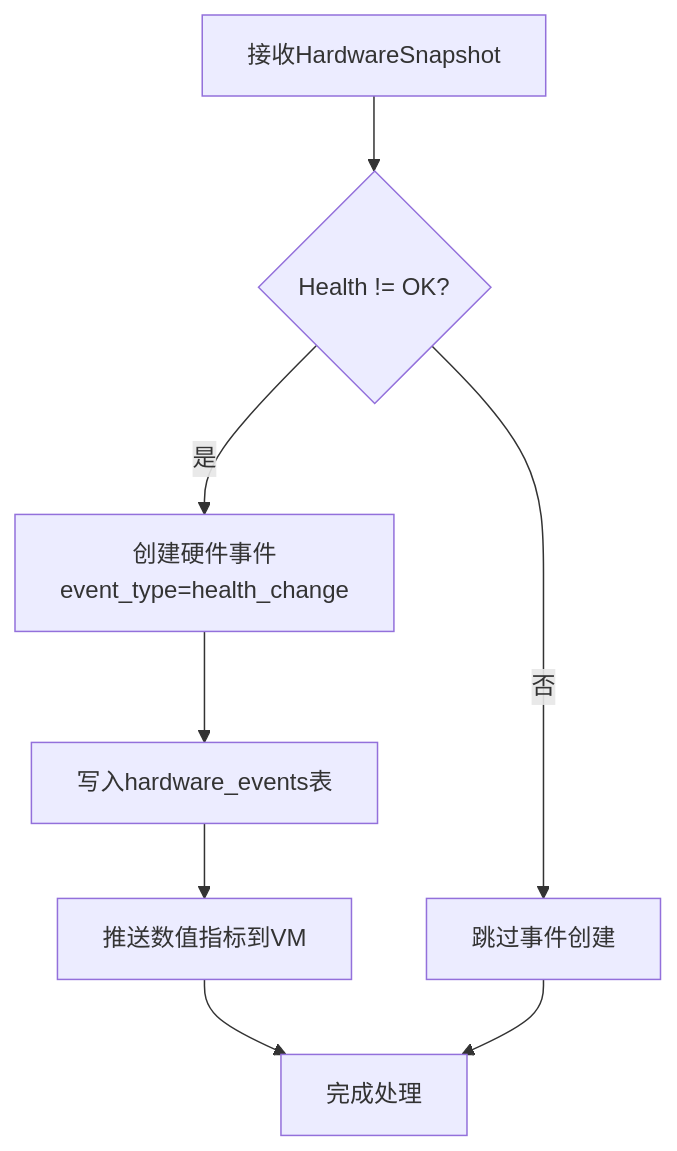
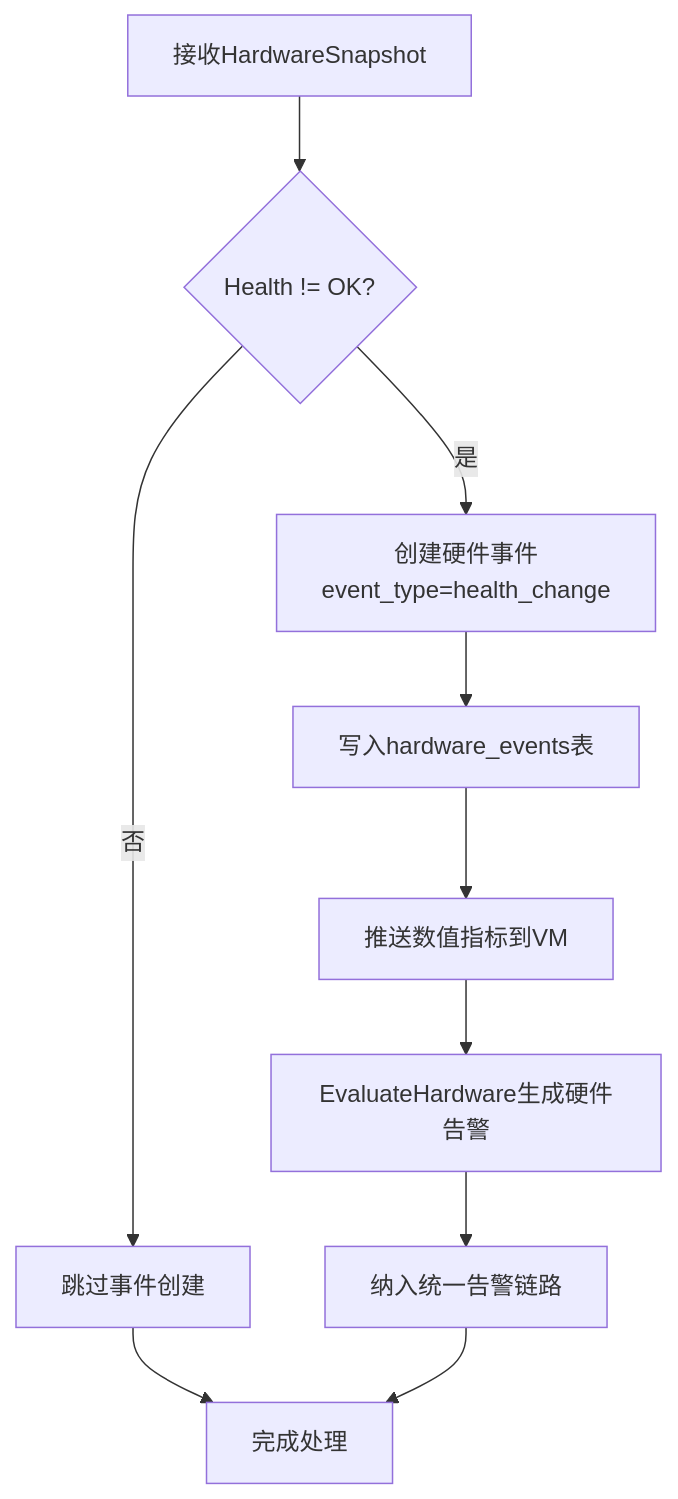
One commit to sreyun/aiops-monitor changed the fourth of 8 diagrams in .qoder/repowiki/zh/content/核心功能/告警系统/告警系统.md. Above: the diagram before and after it, drawn with Mermaid. The commit also changed other lines of this file and 55 other files, not shown here.

````diff
--- a/.qoder/repowiki/zh/content/核心功能/告警系统/告警系统.md
+++ b/.qoder/repowiki/zh/content/核心功能/告警系统/告警系统.md
@@ -211,10 +239,12 @@
 ```mermaid
 flowchart TD
 Snap["接收HardwareSnapshot"] --> CheckHealth{"Health != OK?"}
 CheckHealth --> |否| Skip["跳过事件创建"]
 CheckHealth --> |是| CreateEvent["创建硬件事件<br/>event_type=health_change"]
 CreateEvent --> StorePG["写入hardware_events表"]
 StorePG --> PushVM["推送数值指标到VM"]
-PushVM --> End["完成处理"]
-Skip --> End
+PushVM --> HWEval["EvaluateHardware生成硬件告警"]
+HWEval --> Notify["纳入统一告警链路"]
+Skip --> End["完成处理"]
+Notify --> End
 ```
````
